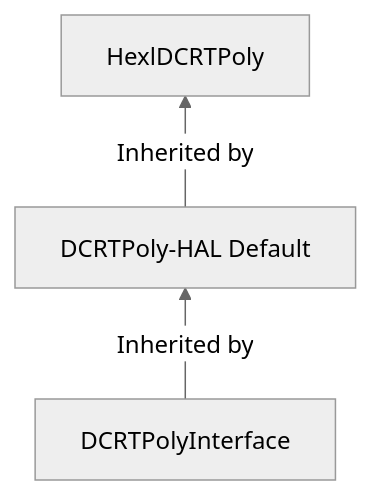
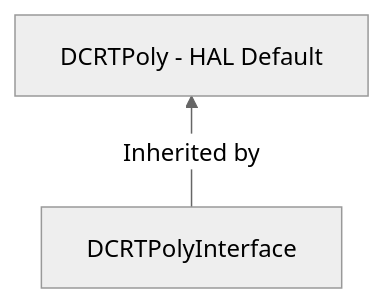
Before and after one commit to openfheorg/openfhe-development: the diagram in docs/sphinx_rsts/modules/core/lattice/hal.rst, drawn with Mermaid (neutral theme). The commit also changed 96 other files, not shown here.

```diff
--- a/docs/sphinx_rsts/modules/core/lattice/hal.rst
+++ b/docs/sphinx_rsts/modules/core/lattice/hal.rst
@@ -14,5 +14,4 @@
 .. mermaid::
 
   graph BT
       a[DCRTPolyInterface] --> |Inherited by|b[DCRTPoly - HAL Default];
-      b[DCRTPoly-HAL Default] --> |Inherited by|c[HexlDCRTPoly];
```
